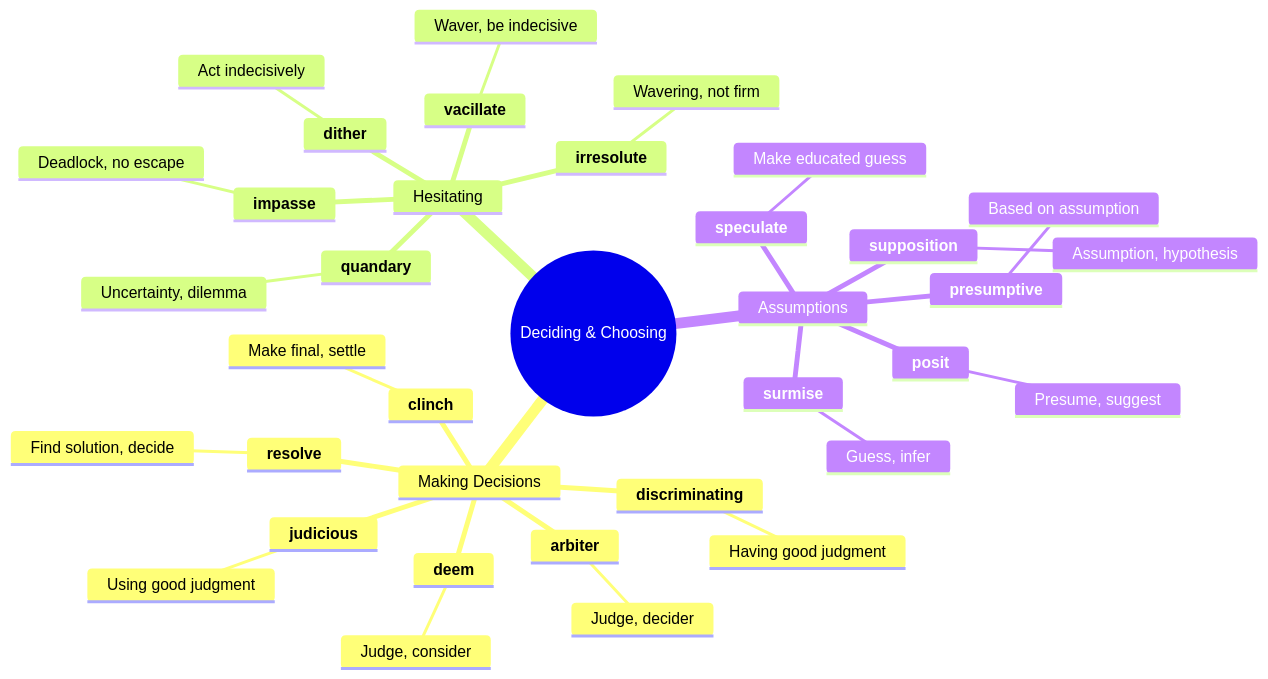
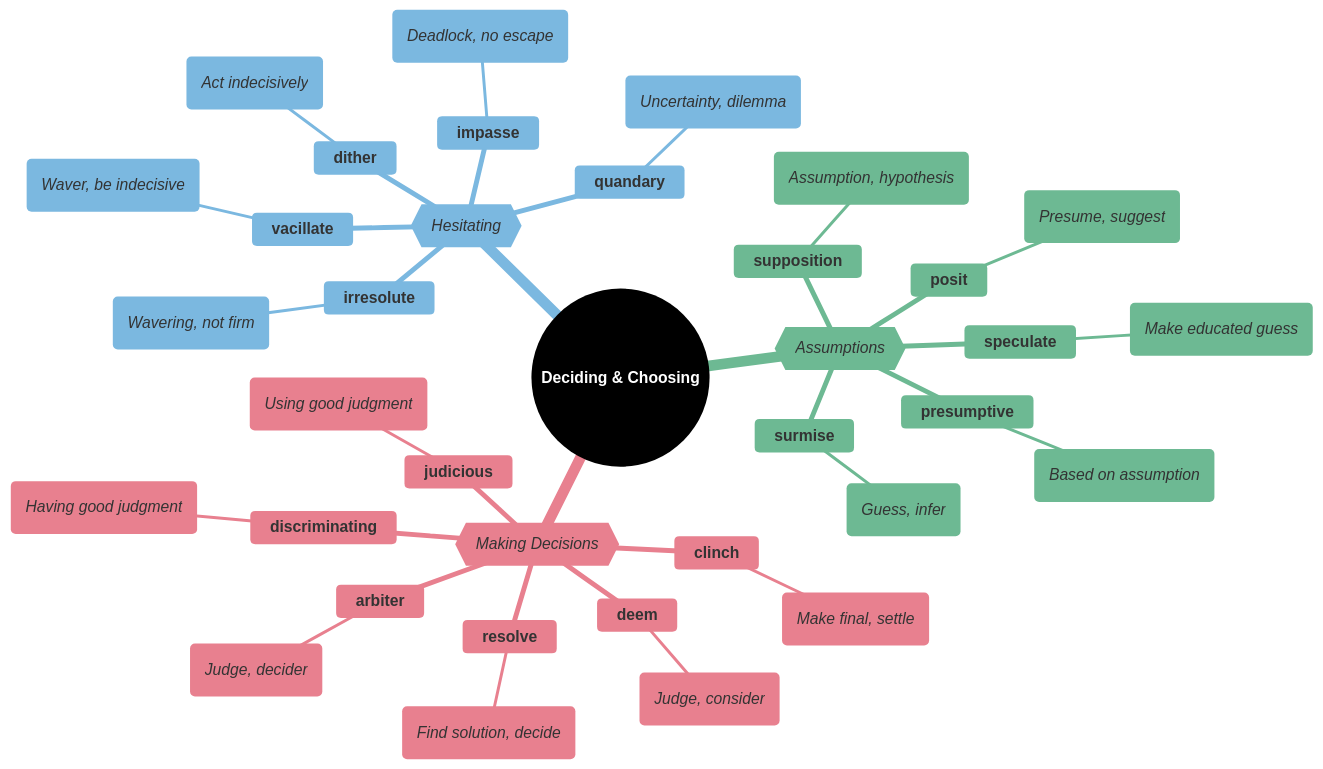
One commit to 95anantsingh/gre-preparation changed the fourth of 7 diagrams in mindmaps/14-judgment-and-decision.md. Above: the diagram before and after it, drawn with Mermaid. The commit also changed other lines of this file and 14 other files, not shown here.

````diff
--- a/mindmaps/14-judgment-and-decision.md
+++ b/mindmaps/14-judgment-and-decision.md
@@ -151,39 +242,58 @@
 ```mermaid
+%%{
+  init: {
+    "theme": "base",
+    "themeVariables": {
+      "primaryColor": "#000000",
+      "cScale1": "#e8808f",  "cScaleInv1": "#a33445",
+      "cScale2": "#7bb8e0",  "cScaleInv2": "#266a93",
+      "cScale3": "#6db993",  "cScaleInv3": "#23543f",
+      "cScale4": "#f5d07a",  "cScaleInv4": "#c4903b",
+      "cScale5": "#b08fcc",  "cScaleInv5": "#5d3b75",
+      "cScale6": "#74dace",  "cScaleInv6": "#217d72",
+      "cScale7": "#f09570",  "cScaleInv7": "#b84112",
+      "cScale8": "#8ea8c2",  "cScaleInv8": "#32465e",
+      "cScale9": "#cc7fba",  "cScaleInv9": "#7d2868",
+      "cScale10": "#c99a78", "cScaleInv10": "#7c4e32",
+      "cScale11": "#a3a3a3", "cScaleInv11": "#3d3d3d"
+    }
+  }
+}%%
 mindmap
-  root((Deciding & Choosing))
-    Making Decisions
+  root((<font color=white>**Deciding & Choosing**</font>))
+    {{_Making Decisions_}}
       **deem**
-        Judge, consider
+        (_Judge, consider_)
       **arbiter**
-        Judge, decider
+        (_Judge, decider_)
       **discriminating**
-        Having good judgment
+        (_Having good judgment_)
       **judicious**
-        Using good judgment
+        (_Using good judgment_)
       **resolve**
-        Find solution, decide
+        (_Find solution, decide_)
       **clinch**
-        Make final, settle
-    Hesitating
+        (_Make final, settle_)
+    {{_Hesitating_}}
       **vacillate**
-        Waver, be indecisive
+        (_Waver, be indecisive_)
       **irresolute**
-        Wavering, not firm
+        (_Wavering, not firm_)
       **quandary**
-        Uncertainty, dilemma
+        (_Uncertainty, dilemma_)
       **dither**
-        Act indecisively
+        (_Act indecisively_)
       **impasse**
-        Deadlock, no escape
-    Assumptions
+        (_Deadlock, no escape_)
+    {{_Assumptions_}}
       **presumptive**
-        Based on assumption
+        (_Based on assumption_)
       **supposition**
-        Assumption, hypothesis
+        (_Assumption, hypothesis_)
       **posit**
-        Presume, suggest
+        (_Presume, suggest_)
       **surmise**
-        Guess, infer
+        (_Guess, infer_)
       **speculate**
-        Make educated guess
+        (_Make educated guess_)
 ```
````
